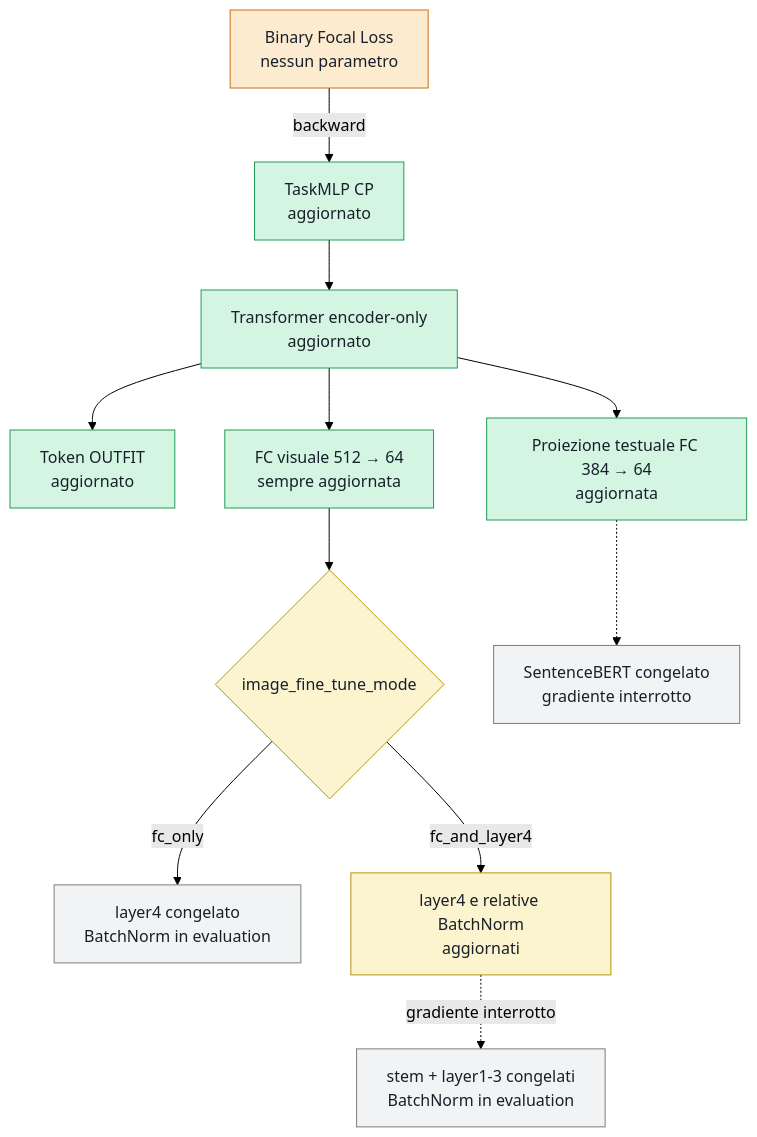
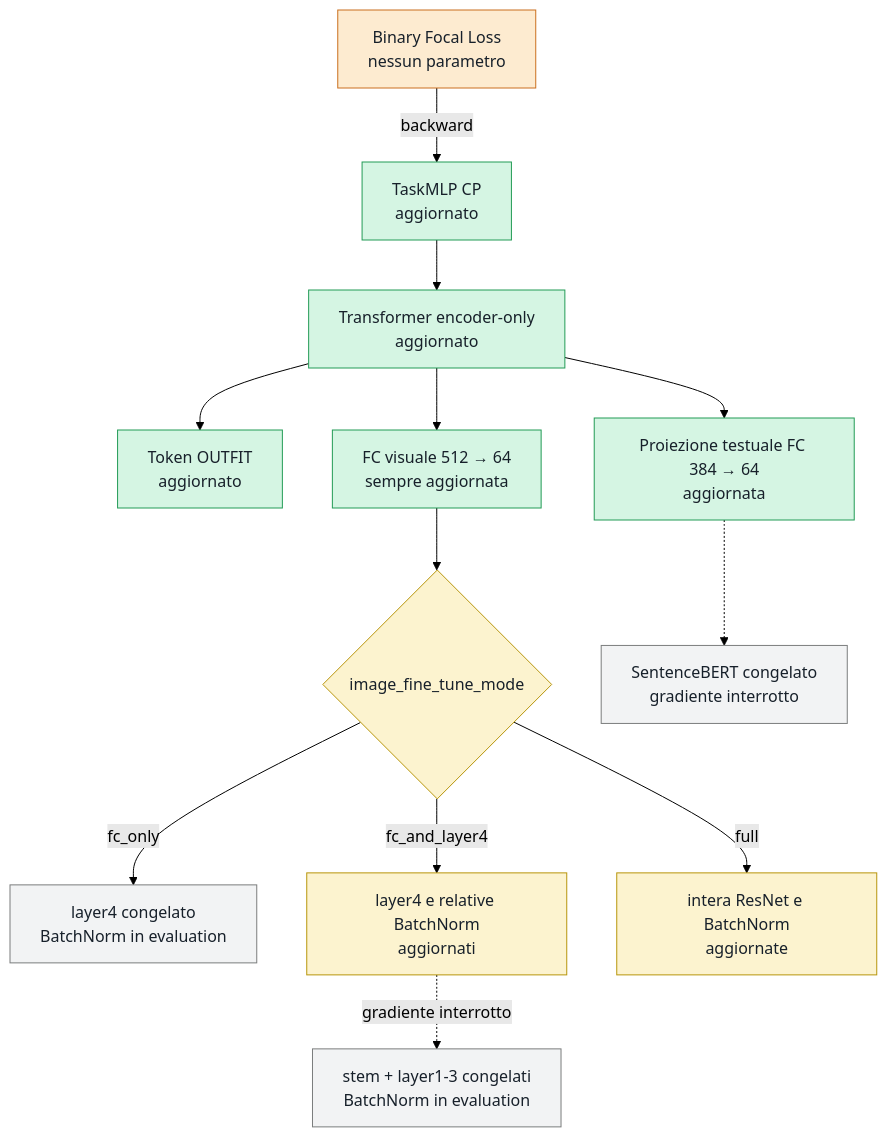
Before and after one commit to FlorindoDev/OutfitTransformer: the diagram in training/README.md, drawn with Mermaid (forest theme). The commit also changed other lines of this file and 6 other files, not shown here.

Commit message:
feat(model): add full ResNet fine-tuning

````diff
--- a/training/README.md
+++ b/training/README.md
@@ -37,26 +37,27 @@
 ```mermaid
 flowchart TD
     A["Binary Focal Loss<br/>nessun parametro"] -->|backward| B["TaskMLP CP<br/>aggiornato"]
     B --> C["Transformer encoder-only<br/>aggiornato"]
 
     C --> D["Token OUTFIT<br/>aggiornato"]
     C --> E["FC visuale 512 → 64<br/>sempre aggiornata"]
     C --> F["Proiezione testuale FC 384 → 64<br/>aggiornata"]
 
     E --> G{"image_fine_tune_mode"}
     G -->|fc_only| H["layer4 congelato<br/>BatchNorm in evaluation"]
     G -->|fc_and_layer4| I["layer4 e relative BatchNorm<br/>aggiornati"]
     I -.->|gradiente interrotto| J["stem + layer1-3 congelati<br/>BatchNorm in evaluation"]
+    G -->|full| L["intera ResNet e BatchNorm<br/>aggiornate"]
 
     F -.-> K["SentenceBERT congelato<br/>gradiente interrotto"]
 
     classDef trained fill:#d5f5e3,stroke:#239b56,color:#17202a
     classDef conditional fill:#fcf3cf,stroke:#b7950b,color:#17202a
     classDef frozen fill:#f2f3f4,stroke:#7b7d7d,color:#17202a
     classDef loss fill:#fdebd0,stroke:#ca6f1e,color:#17202a
 
     class B,C,D,E,F trained
-    class G,I conditional
+    class G,I,L conditional
     class H,J,K frozen
     class A loss
 ```
````
